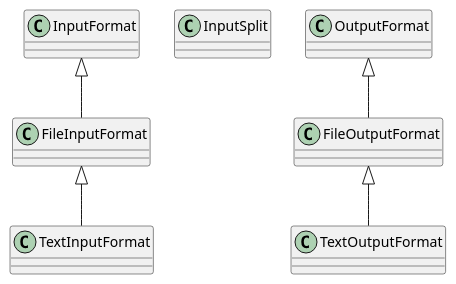
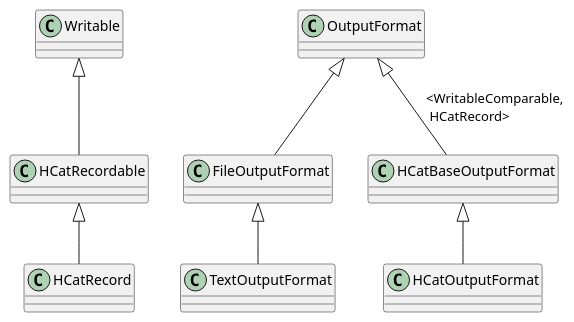
Before and after one commit to zzmfish/zzmfish.github.io: the second of 2 diagrams in 大数据技术/Hadoop/MapReduce/UML/输入输出.md, drawn with PlantUML. The commit also changed other lines of this file and 46 other files, not shown here.

````diff
--- a/大数据技术/Hadoop/MapReduce/UML/输入输出.md
+++ b/大数据技术/Hadoop/MapReduce/UML/输入输出.md
@@ -2,11 +24,12 @@
 ```uml @startuml
-class InputFormat
-class InputSplit
+class Writable
 
-InputFormat <|-- FileInputFormat
-FileInputFormat <|-- TextInputFormat
+
 OutputFormat <|-- FileOutputFormat
+OutputFormat <|-- HCatBaseOutputFormat: <WritableComparable,\l HCatRecord>
+HCatBaseOutputFormat <|-- HCatOutputFormat
 FileOutputFormat <|-- TextOutputFormat
-
+Writable <|-- HCatRecordable
+HCatRecordable <|-- HCatRecord
 @enduml
 ```
````
